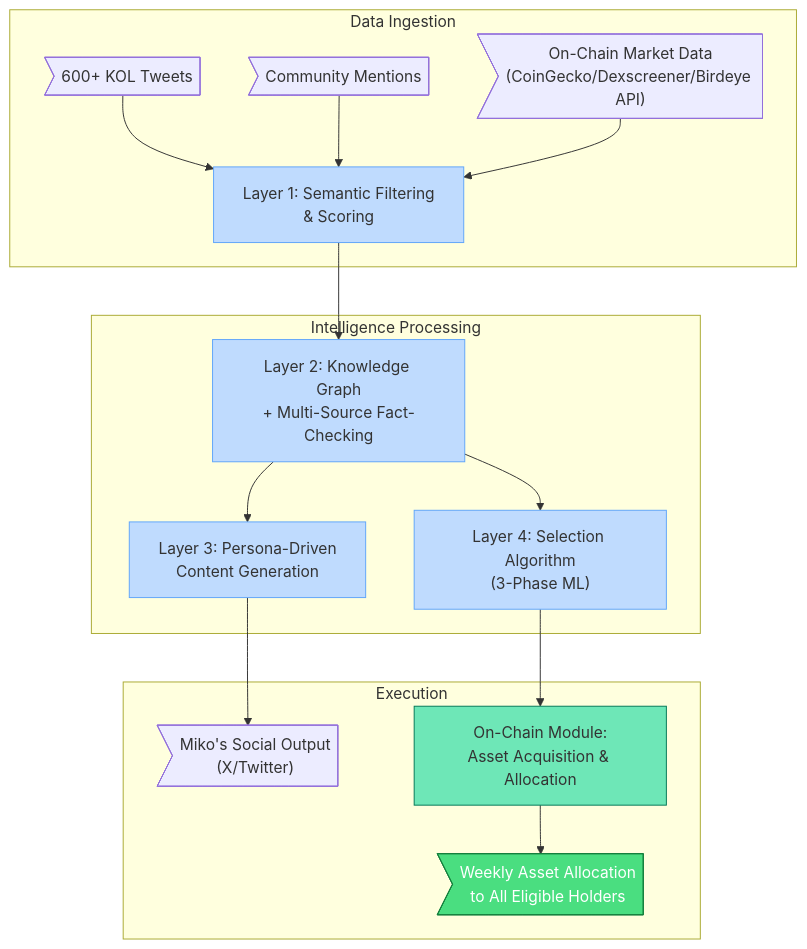
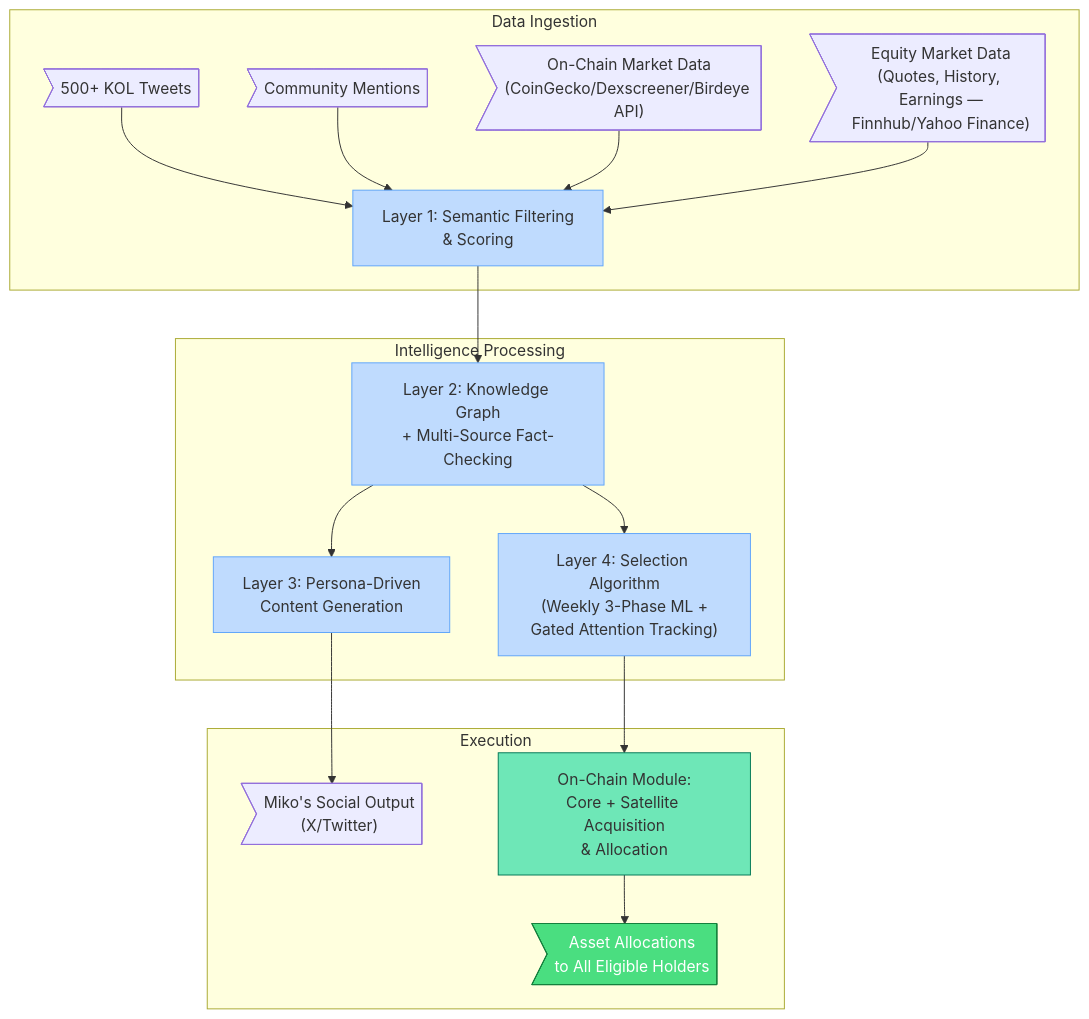
The first of 2 diagrams in docs/introduction.md (Miko-Protocol/docs), drawn with Mermaid before and after one commit. The commit also changed other lines of this file and 18 other files, not shown here.

````diff
--- a/docs/introduction.md
+++ b/docs/introduction.md
@@ -29,25 +29,26 @@
 ```mermaid
 graph TD
     subgraph "Data Ingestion"
-        A>"600+ KOL Tweets"] --> D
+        A>"500+ KOL Tweets"] --> D
         B>"Community Mentions"] --> D
         C>"On-Chain Market Data<br/>(CoinGecko/Dexscreener/Birdeye API)"] --> D
+        C2>"Equity Market Data<br/>(Quotes, History, Earnings —<br/>Finnhub/Yahoo Finance)"] --> D
         D["Layer 1: Semantic Filtering<br/>& Scoring"]
     end
     subgraph "Intelligence Processing"
         D --> E["Layer 2: Knowledge Graph<br/>+ Multi-Source Fact-Checking"]
         E --> F["Layer 3: Persona-Driven<br/>Content Generation"]
-        E --> G["Layer 4: Selection Algorithm<br/>(3-Phase ML)"]
+        E --> G["Layer 4: Selection Algorithm<br/>(Weekly 3-Phase ML +<br/>Gated Attention Tracking)"]
     end
     subgraph "Execution"
         F --> H>"Miko's Social Output<br/>(X/Twitter)"]
-        G --> I["On-Chain Module:<br/>Asset Acquisition & Allocation"]
-        I --> J>"Weekly Asset Allocation<br/>to All Eligible Holders"]
+        G --> I["On-Chain Module:<br/>Core + Satellite Acquisition<br/>& Allocation"]
+        I --> J>"Asset Allocations<br/>to All Eligible Holders"]
     end
     style D fill:#bfdbfe,stroke:#60a5fa
     style E fill:#bfdbfe,stroke:#60a5fa
     style F fill:#bfdbfe,stroke:#60a5fa
     style G fill:#bfdbfe,stroke:#60a5fa
     style I fill:#6ee7b7,stroke:#047857
     style J fill:#4ade80,stroke:#15803d,color:#fff
 ```
````
